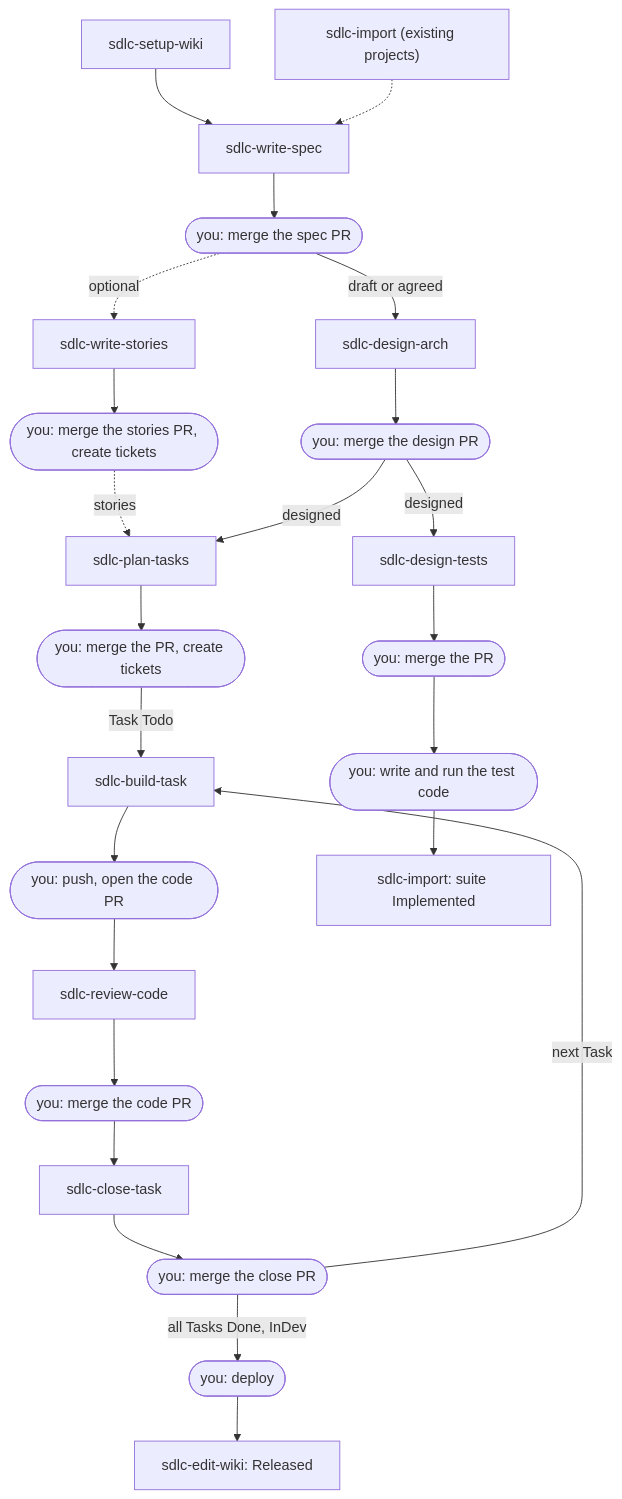
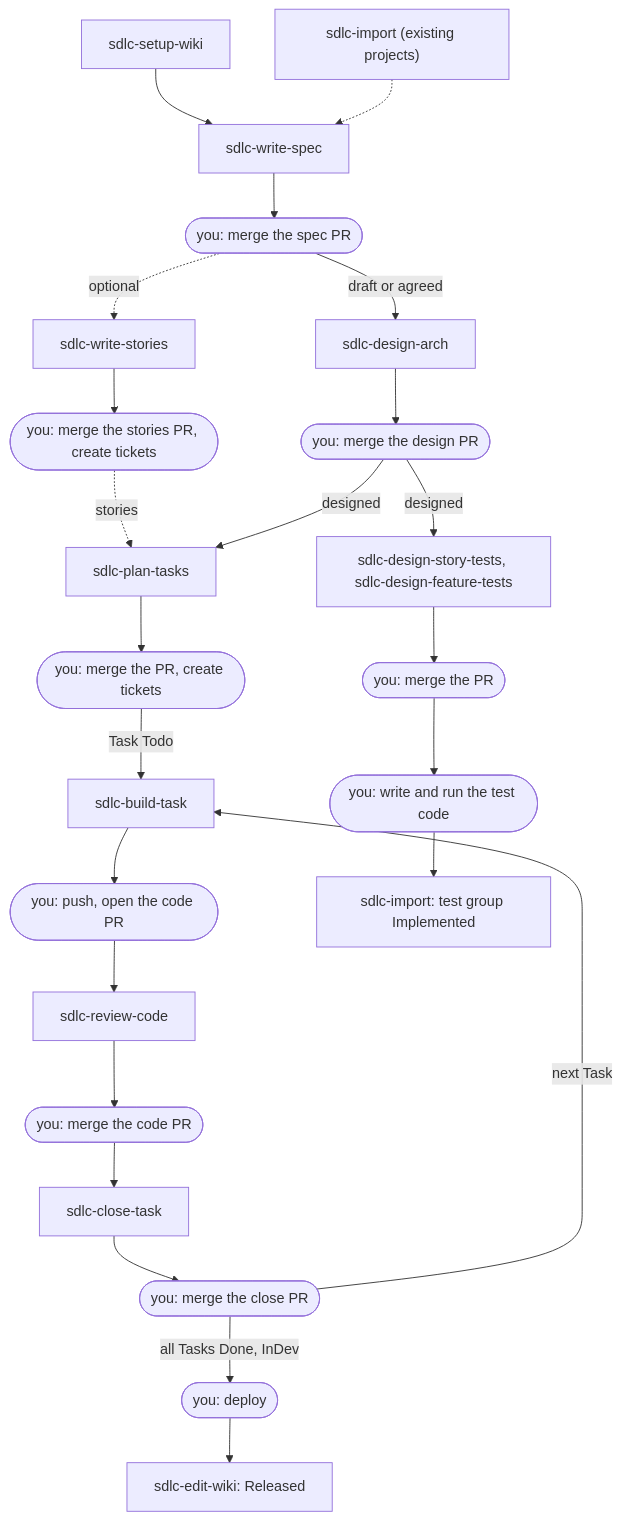
One commit to ntanh1402/sdlc-skills changed the diagram in README.md. Above: the diagram before and after it, drawn with Mermaid. The commit also changed other lines of this file and 274 other files, not shown here.

First line of the commit message:
feat: test design v2 - one suite per Feature or CR, story and GENERAL test groups

````diff
--- a/README.md
+++ b/README.md
@@ -87,26 +87,26 @@
 ```mermaid
 flowchart TD
   setup["sdlc-setup-wiki"] --> spec
   import["sdlc-import (existing projects)"] -.-> spec
   spec["sdlc-write-spec"] --> m1(["you: merge the spec PR"])
   m1 -- "draft or agreed" --> arch["sdlc-design-arch"]
   m1 -. "optional" .-> stories["sdlc-write-stories"]
   stories --> m6(["you: merge the stories PR, create tickets"])
   m6 -. "stories" .-> tasks
   arch --> m2(["you: merge the design PR"])
   m2 -- "designed" --> tasks["sdlc-plan-tasks"]
-  m2 -- "designed" --> tests["sdlc-design-tests"]
+  m2 -- "designed" --> tests["sdlc-design-story-tests, sdlc-design-feature-tests"]
   tasks --> m3(["you: merge the PR, create tickets"])
   m3 -- "Task Todo" --> build["sdlc-build-task"]
   build --> pr(["you: push, open the code PR"])
   pr --> review["sdlc-review-code"]
   review --> merge(["you: merge the code PR"])
   merge --> close["sdlc-close-task"]
   close --> m5(["you: merge the close PR"])
   m5 -- "next Task" --> build
   m5 -- "all Tasks Done, InDev" --> ship(["you: deploy"])
   ship --> released["sdlc-edit-wiki: Released"]
   tests --> m4(["you: merge the PR"])
   m4 --> testcode(["you: write and run the test code"])
-  testcode --> importT["sdlc-import: suite Implemented"]
+  testcode --> importT["sdlc-import: test group Implemented"]
 ```
````
